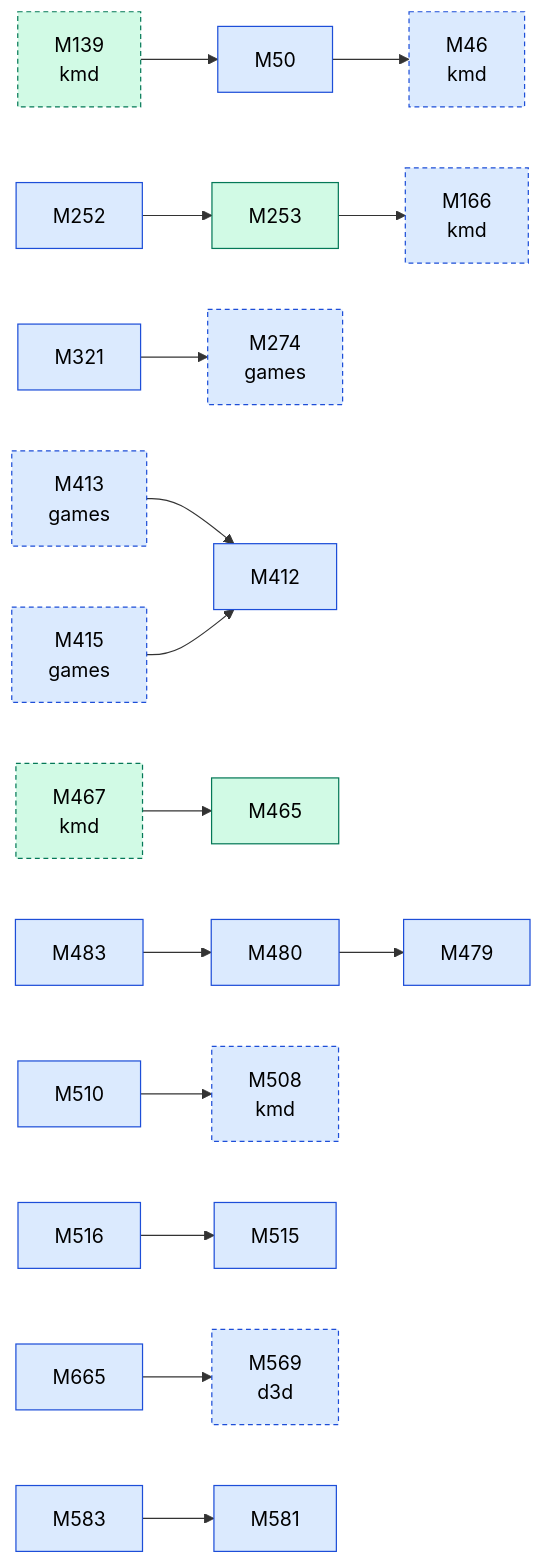
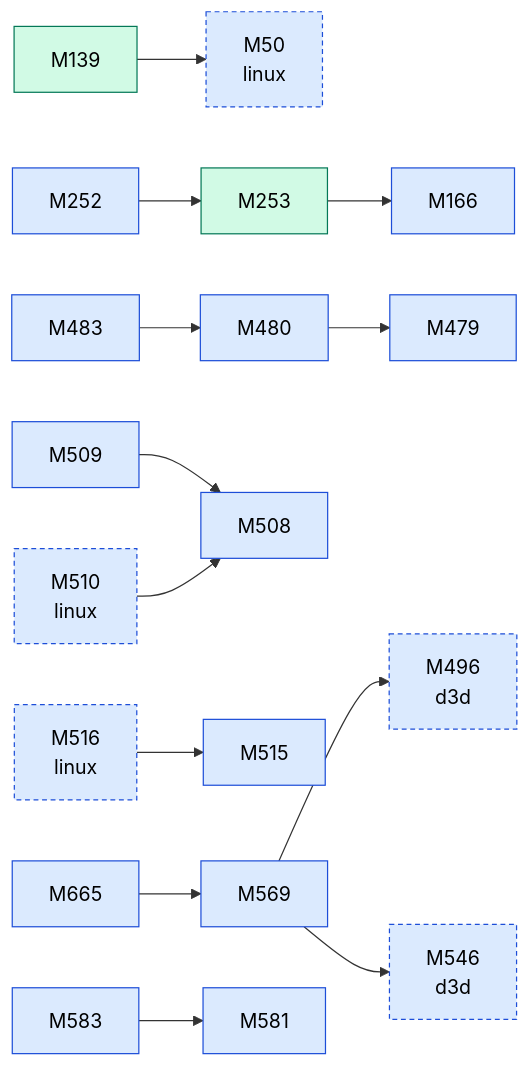
Before and after one commit to D-Ogi/amdgpu-wddm: the second of 2 diagrams in docs/facts/graphs/icd.md, drawn with Mermaid. The commit also changed other lines of this file and 27 other files, not shown here.

````diff
--- a/docs/facts/graphs/icd.md
+++ b/docs/facts/graphs/icd.md
@@ -31,47 +31,40 @@
 ```mermaid
 flowchart LR
-  M46["M46<br/>kmd"]:::MEASURED
-  M50["M50"]:::MEASURED
-  M139["M139<br/>kmd"]:::CONFIRMED
-  M166["M166<br/>kmd"]:::MEASURED
+  M50["M50<br/>linux"]:::MEASURED
+  M139["M139"]:::CONFIRMED
+  M166["M166"]:::MEASURED
   M252["M252"]:::MEASURED
   M253["M253"]:::CONFIRMED
-  M274["M274<br/>games"]:::MEASURED
-  M321["M321"]:::MEASURED
-  M412["M412"]:::MEASURED
-  M413["M413<br/>games"]:::MEASURED
-  M415["M415<br/>games"]:::MEASURED
-  M465["M465"]:::CONFIRMED
-  M467["M467<br/>kmd"]:::CONFIRMED
   M479["M479"]:::MEASURED
   M480["M480"]:::MEASURED
   M483["M483"]:::MEASURED
-  M508["M508<br/>kmd"]:::MEASURED
-  M510["M510"]:::MEASURED
+  M496["M496<br/>d3d"]:::MEASURED
+  M508["M508"]:::MEASURED
+  M509["M509"]:::MEASURED
+  M510["M510<br/>linux"]:::MEASURED
   M515["M515"]:::MEASURED
-  M516["M516"]:::MEASURED
-  M569["M569<br/>d3d"]:::MEASURED
+  M516["M516<br/>linux"]:::MEASURED
+  M546["M546<br/>d3d"]:::MEASURED
+  M569["M569"]:::MEASURED
   M581["M581"]:::MEASURED
   M583["M583"]:::MEASURED
   M665["M665"]:::MEASURED
   M139 --> M50
-  M467 --> M465
-  M50 --> M46
   M252 --> M253
   M253 --> M166
-  M321 --> M274
   M480 --> M479
   M483 --> M480
+  M509 --> M508
+  M569 --> M496
+  M569 --> M546
+  M583 --> M581
+  M665 --> M569
   M510 --> M508
   M516 --> M515
-  M583 --> M581
-  M665 --> M569
-  M413 --> M412
-  M415 --> M412
   classDef HYPOTHESIS fill:#fff3c4,stroke:#9a7b00,color:#000
   classDef MEASURED fill:#dbeafe,stroke:#1d4ed8,color:#000
   classDef CONFIRMED fill:#d1fae5,stroke:#047857,color:#000
   classDef REFUTED fill:#fee2e2,stroke:#b91c1c,color:#000
   classDef other stroke-dasharray:4 3
-  class M46,M139,M166,M274,M413,M415,M467,M508,M569 other
+  class M50,M496,M510,M516,M546 other
 ```
````
